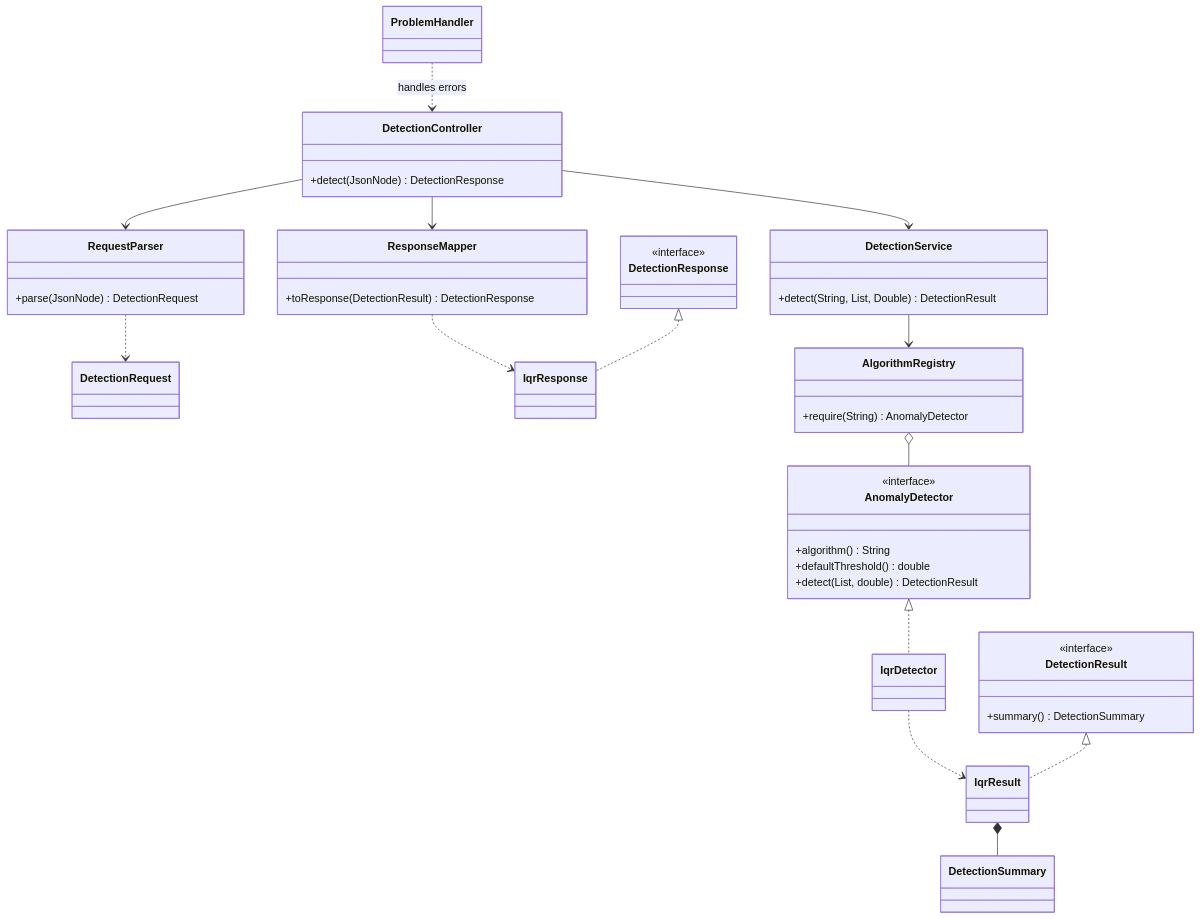
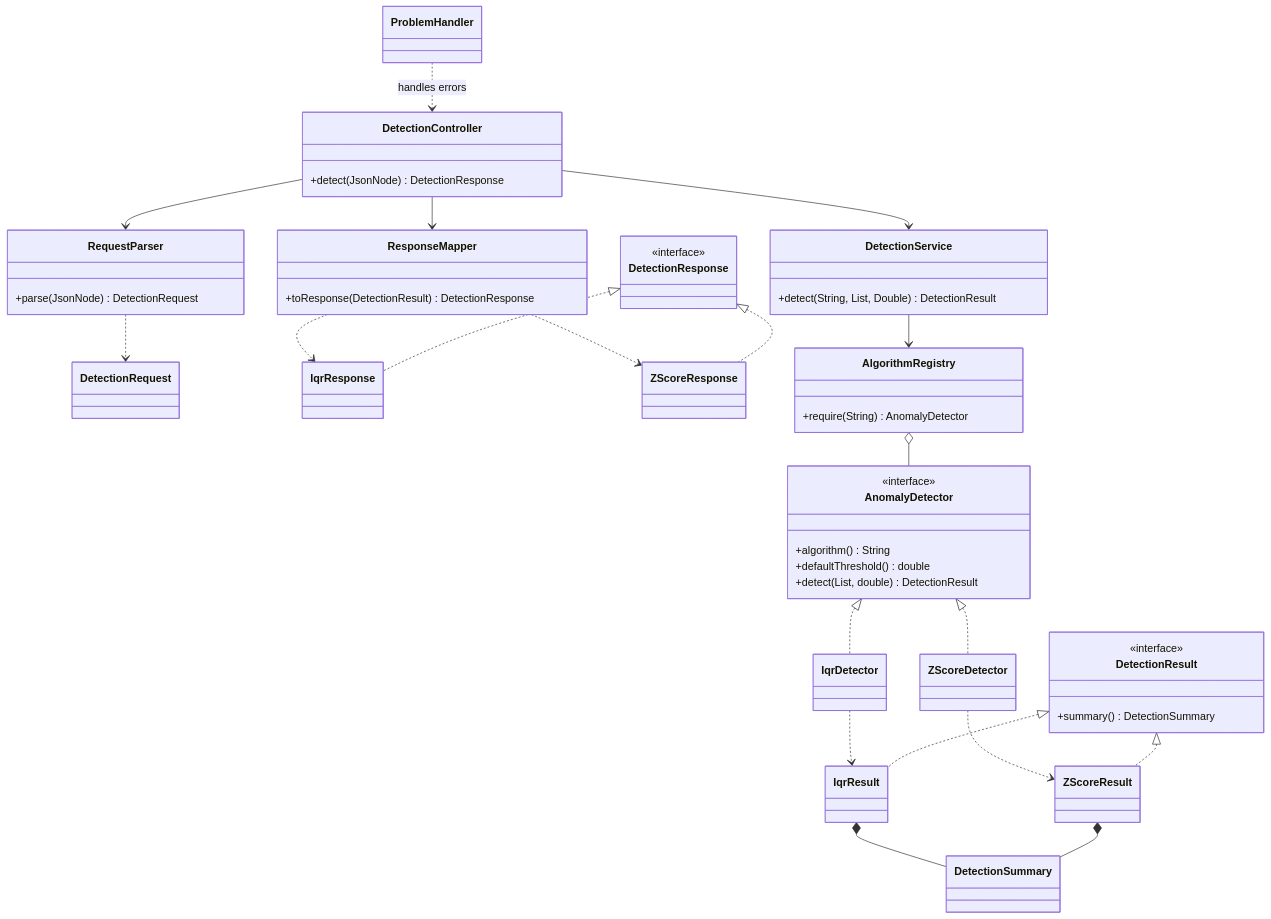
One commit to ali-souri/anomaly-detection changed the diagram in docs/architecture.md. Above: the diagram before and after it, drawn with Mermaid. The commit also changed other lines of this file and 4 other files, not shown here.

````diff
--- a/docs/architecture.md
+++ b/docs/architecture.md
@@ -23,50 +23,59 @@
 ```mermaid
 classDiagram
     class DetectionController {
       +detect(JsonNode) DetectionResponse
     }
     class RequestParser {
       +parse(JsonNode) DetectionRequest
     }
     class DetectionRequest
     class ResponseMapper {
       +toResponse(DetectionResult) DetectionResponse
     }
     class DetectionResponse {
       <<interface>>
     }
     class IqrResponse
+    class ZScoreResponse
     class DetectionService {
       +detect(String, List, Double) DetectionResult
     }
     class AlgorithmRegistry {
       +require(String) AnomalyDetector
     }
     class AnomalyDetector {
       <<interface>>
       +algorithm() String
       +defaultThreshold() double
       +detect(List, double) DetectionResult
     }
     class IqrDetector
+    class ZScoreDetector
     class DetectionResult {
       <<interface>>
       +summary() DetectionSummary
     }
     class IqrResult
+    class ZScoreResult
     class DetectionSummary
     class ProblemHandler
     DetectionController --> RequestParser
     RequestParser ..> DetectionRequest
     DetectionController --> DetectionService
     DetectionController --> ResponseMapper
     ResponseMapper ..> IqrResponse
+    ResponseMapper ..> ZScoreResponse
     DetectionResponse <|.. IqrResponse
+    DetectionResponse <|.. ZScoreResponse
     DetectionService --> AlgorithmRegistry
     AlgorithmRegistry o-- AnomalyDetector
     AnomalyDetector <|.. IqrDetector
+    AnomalyDetector <|.. ZScoreDetector
     IqrDetector ..> IqrResult
+    ZScoreDetector ..> ZScoreResult
     DetectionResult <|.. IqrResult
+    DetectionResult <|.. ZScoreResult
     IqrResult *-- DetectionSummary
+    ZScoreResult *-- DetectionSummary
     ProblemHandler ..> DetectionController : handles errors
 ```
````
